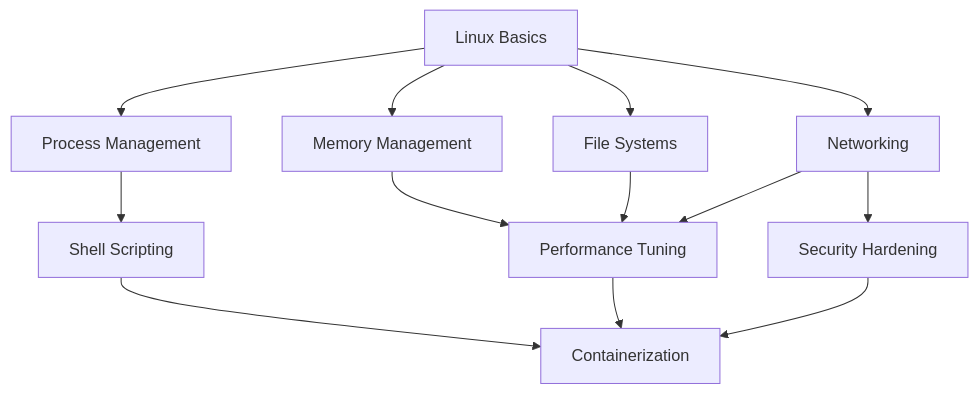
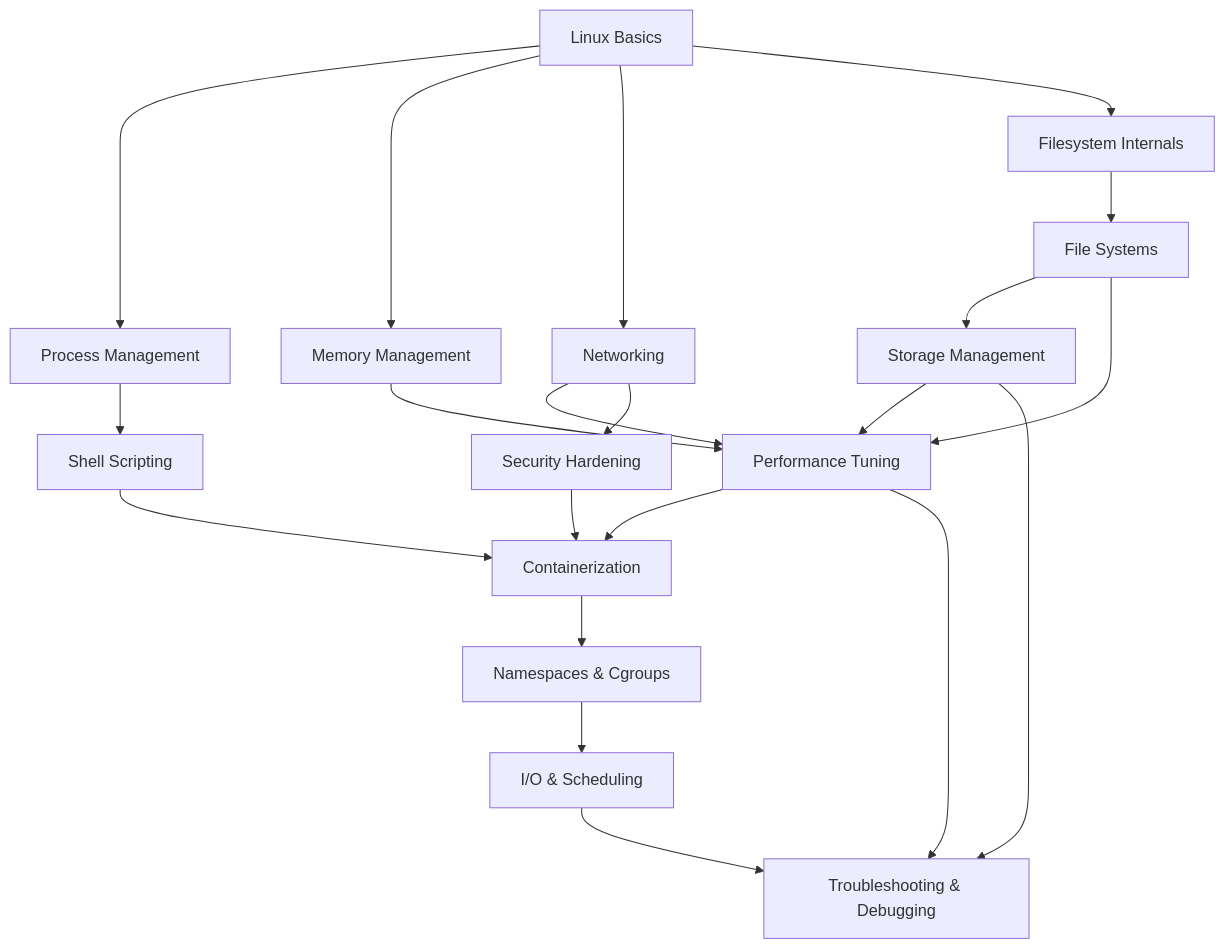
The diagram in 03-Linux/README.md (ajju853/SystemDesignHandbook), drawn with Mermaid before and after one commit. The commit also changed other lines of this file and 17 other files, not shown here.

````diff
--- a/03-Linux/README.md
+++ b/03-Linux/README.md
@@ -19,15 +24,23 @@
 ```mermaid
 graph TD
     LB[Linux Basics] --> PM[Process Management]
     LB --> MM[Memory Management]
-    LB --> FS[File Systems]
     LB --> NW[Networking]
+    LB --> FSI[Filesystem Internals]
     PM --> SS[Shell Scripting]
     MM --> PT[Performance Tuning]
-    FS --> PT
     NW --> PT
     NW --> SH[Security Hardening]
+    FSI --> FS[File Systems]
+    FS --> SM[Storage Management]
+    SM --> PT
+    FS --> PT
     SS --> CT[Containerization]
     PT --> CT
     SH --> CT
+    CT --> NC[Namespaces & Cgroups]
+    NC --> IO[I/O & Scheduling]
+    PT --> TD[Troubleshooting & Debugging]
+    IO --> TD
+    SM --> TD
 ```
````
